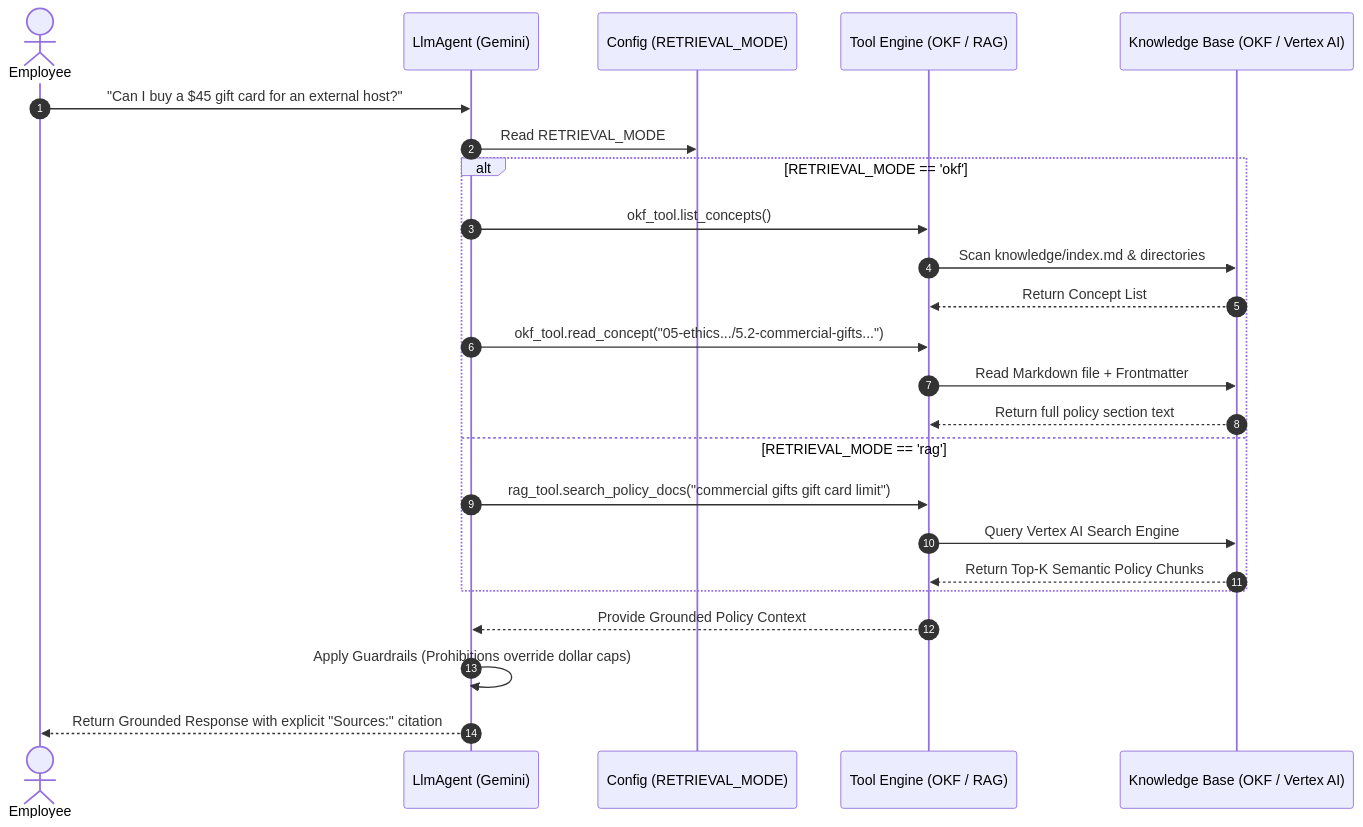
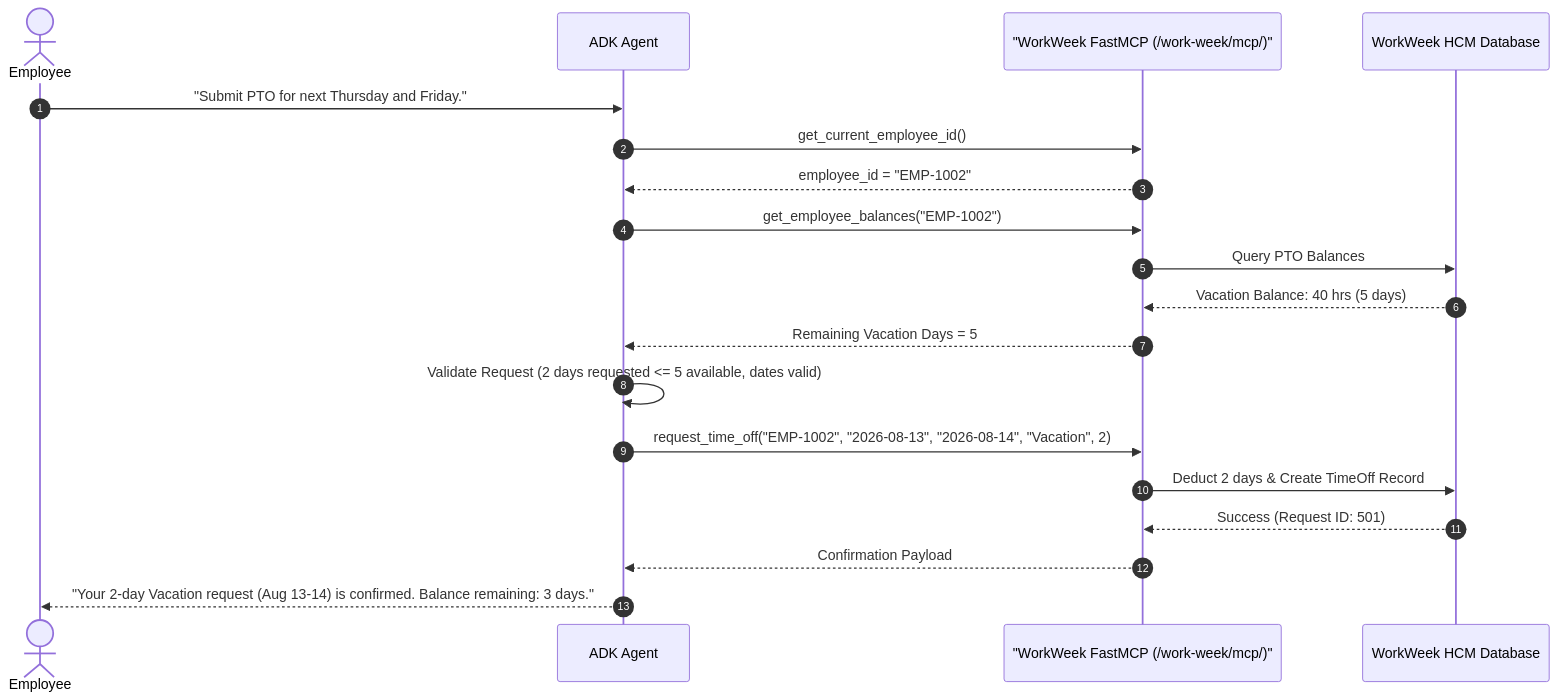
Before and after one commit to yangwhale/elevate-bj-g4: the third of 6 diagrams in SDD_Project_Elevate.md, drawn with Mermaid. The commit also changed other lines of this file and 3 other files, not shown here.

Commit message:
Update Solution Design Document (SDD) for MVP 1 with FastMCP integration specs

````diff
--- a/SDD_Project_Elevate.md
+++ b/SDD_Project_Elevate.md
@@ -77,27 +133,22 @@
 ```mermaid
 sequenceDiagram
     autonumber
-    actor U as Employee
-    participant A as LlmAgent (Gemini)
-    participant C as Config (RETRIEVAL_MODE)
-    participant T as Tool Engine (OKF / RAG)
-    participant K as Knowledge Base (OKF / Vertex AI)
-    
-    U->>A: "Can I buy a $45 gift card for an external host?"
-    A->>C: Read RETRIEVAL_MODE
-    alt RETRIEVAL_MODE == 'okf'
-        A->>T: okf_tool.list_concepts()
-        T->>K: Scan knowledge/index.md & directories
-        K-->>T: Return Concept List
-        A->>T: okf_tool.read_concept("05-ethics.../5.2-commercial-gifts...")
-        T->>K: Read Markdown file + Frontmatter
-        K-->>T: Return full policy section text
-    else RETRIEVAL_MODE == 'rag'
-        A->>T: rag_tool.search_policy_docs("commercial gifts gift card limit")
-        T->>K: Query Vertex AI Search Engine
-        K-->>T: Return Top-K Semantic Policy Chunks
-    end
-    T-->>A: Provide Grounded Policy Context
-    A->>A: Apply Guardrails (Prohibitions override dollar caps)
-    A-->>U: Return Grounded Response with explicit "Sources:" citation
+    actor Employee
+    participant Agent as ADK Agent
+    participant WW as "WorkWeek FastMCP (/work-week/mcp/)"
+    participant WW_DB as WorkWeek HCM Database
+
+    Employee->>Agent: "Submit PTO for next Thursday and Friday."
+    Agent->>WW: get_current_employee_id()
+    WW-->>Agent: employee_id = "EMP-1002"
+    Agent->>WW: get_employee_balances("EMP-1002")
+    WW->>WW_DB: Query PTO Balances
+    WW_DB-->>WW: Vacation Balance: 40 hrs (5 days)
+    WW-->>Agent: Remaining Vacation Days = 5
+    Agent->>Agent: Validate Request (2 days requested <= 5 available, dates valid)
+    Agent->>WW: request_time_off("EMP-1002", "2026-08-13", "2026-08-14", "Vacation", 2)
+    WW->>WW_DB: Deduct 2 days & Create TimeOff Record
+    WW_DB-->>WW: Success (Request ID: 501)
+    WW-->>Agent: Confirmation Payload
+    Agent-->>Employee: "Your 2-day Vacation request (Aug 13-14) is confirmed. Balance remaining: 3 days."
 ```
````
